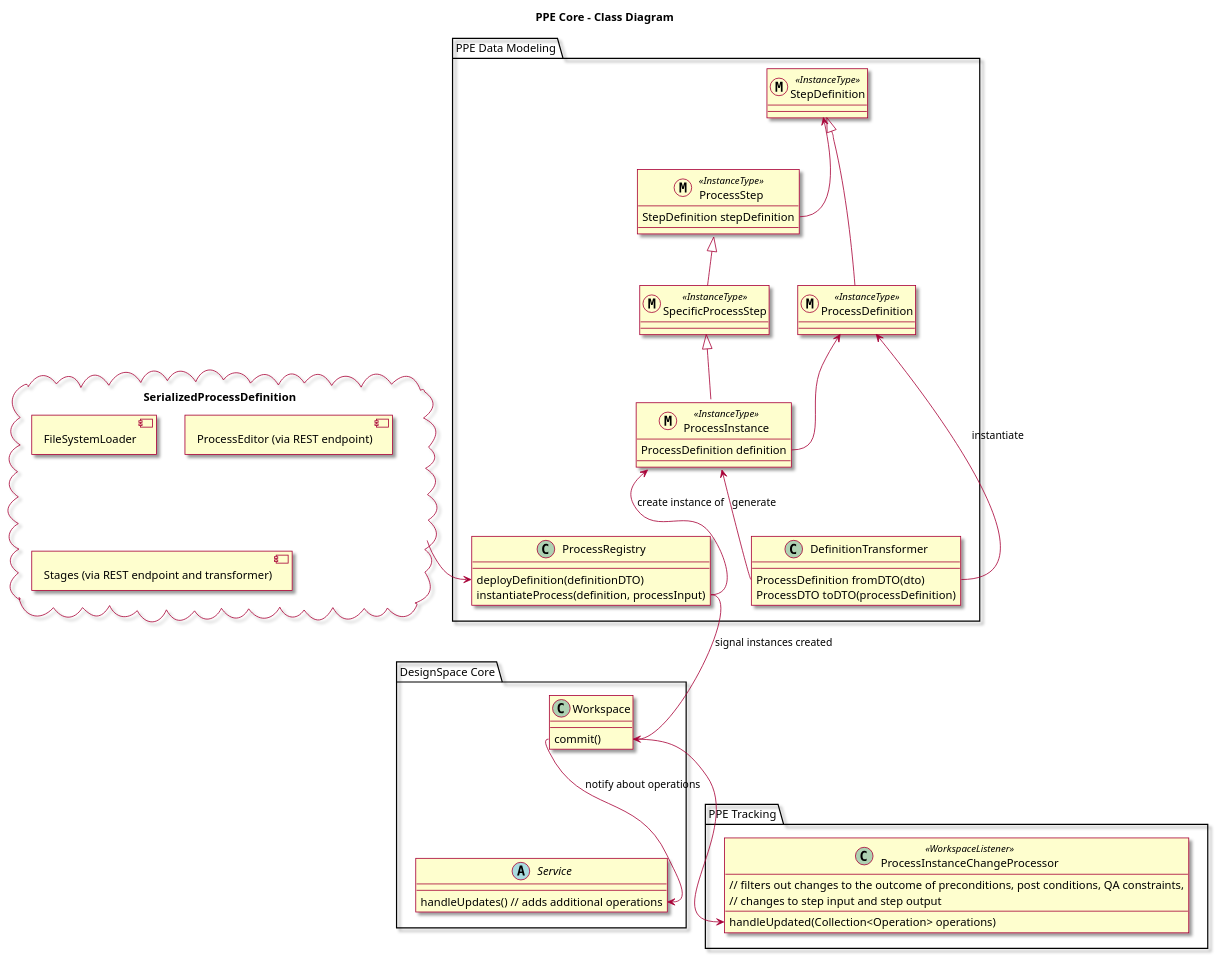
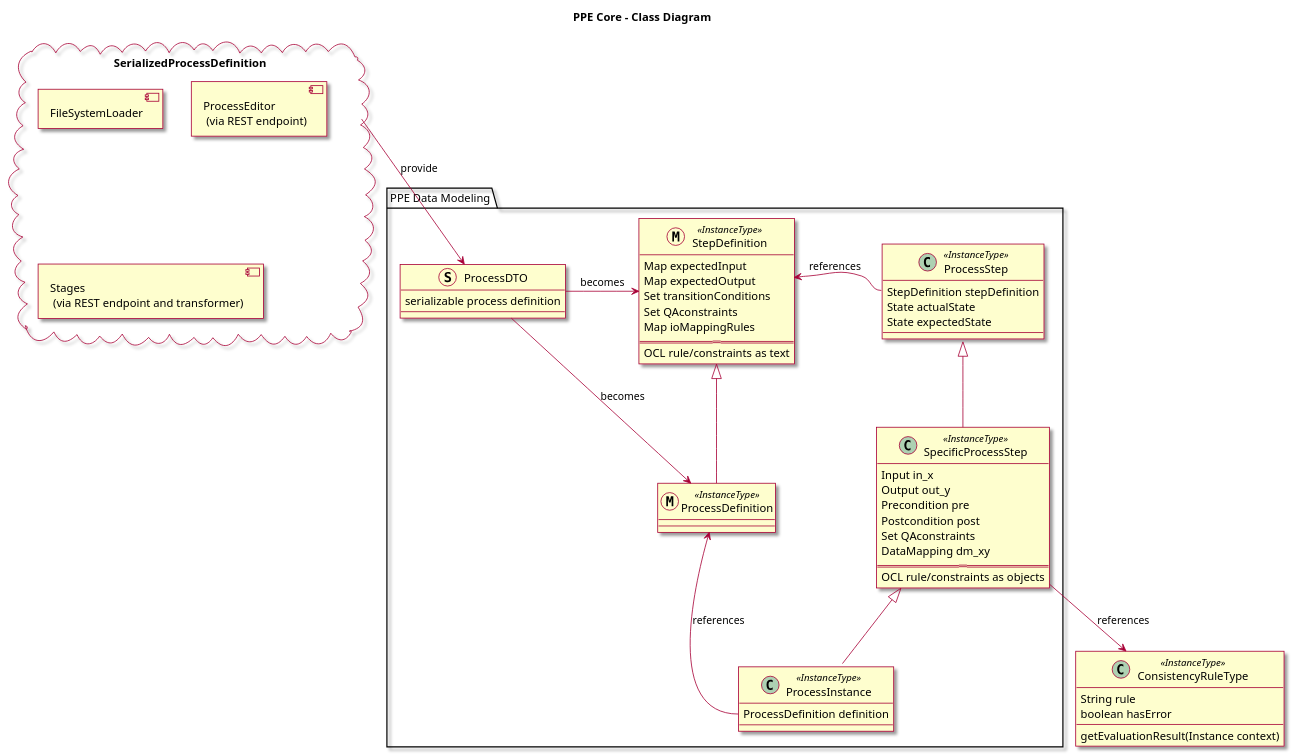
The diagram in doc/PPE Core - Class Diagram.plantuml (jku-isse/c4s.CQRS-passiveworkflowengine), drawn with PlantUML before and after one commit. The commit also changed 9 other files, not shown here.

Commit message:
added UML architecture diagrams

```diff
--- a/doc/PPE Core - Class Diagram.plantuml
+++ b/doc/PPE Core - Class Diagram.plantuml
@@ -1,102 +1,93 @@
 @startuml
 
 allowmixing
 
 skin rose
 
 title PPE Core - Class Diagram
 
-package "DesignSpace Core" {
-	class Workspace {
-		commit()
-	}
-	
-	abstract class Service {
-		handleUpdates() // adds additional operations
-	}
-	
-	Workspace::commit --> Service::handleUpdates : notify about operations
-	
-}
-
 package "PPE Data Modeling" {
 	
 	
 	metaclass "StepDefinition" <<InstanceType>>  {
-
+	Map expectedInput
+	Map expectedOutput
+	Set transitionConditions
+	Set QAconstraints
+	Map ioMappingRules
+	=========
+		OCL rule/constraints as text
 	}
 	
 	metaclass "ProcessDefinition" <<InstanceType>>  {
 
 	} 
 	
 	"StepDefinition" <|-- ProcessDefinition
 	
-	metaclass "ProcessInstance" <<InstanceType>>  {
+	class "ProcessInstance" <<InstanceType>>  {
 		ProcessDefinition definition
 	}
 	
-	metaclass "ProcessStep" <<InstanceType>>  {
+	class "ProcessStep" <<InstanceType>>  {
 		StepDefinition stepDefinition
+		State actualState
+	  State expectedState
 	}
 	
-	metaclass "SpecificProcessStep" <<InstanceType>> {
-		
+	class "SpecificProcessStep" <<InstanceType>> {
+		Input in_x 
+		Output out_y
+		Precondition pre
+	  Postcondition post
+	  Set QAconstraints
+	  DataMapping dm_xy
+	=========
+		OCL rule/constraints as objects
 	}
+	
+
 	
 	"SpecificProcessStep" -up-|> "ProcessStep"
 	
 	"ProcessInstance" -up-|> "SpecificProcessStep"
 	
 	
-	ProcessInstance::definition -up-> ProcessDefinition
-	ProcessStep::stepDefinition -up-> StepDefinition
+	ProcessInstance::definition -left-> ProcessDefinition : references
+	ProcessStep::stepDefinition -left-> StepDefinition : references
 	
-	class ProcessRegistry {
-		deployDefinition(definitionDTO)
-		instantiateProcess(definition, processInput)
+	
+	struct ProcessDTO {
+		serializable process definition
 	}
 	
-	class DefinitionTransformer {
-		ProcessDefinition fromDTO(dto)
-		ProcessDTO toDTO(processDefinition)
-	
-	}
-	
-	DefinitionTransformer::fromDTO -up-> ProcessInstance : generate
-	DefinitionTransformer::fromDTO -up-> ProcessDefinition : instantiate
-	ProcessRegistry::instantiateProcess -up-> ProcessInstance : create instance of
 }
 
+class ConsistencyRuleType <<InstanceType>> {
+	String rule
+	boolean hasError
+	getEvaluationResult(Instance context)
+}
+
+SpecificProcessStep --> ConsistencyRuleType : references
 
 cloud "SerializedProcessDefinition"  {
 	component [FileSystemLoader]
-	component [ProcessEditor (via REST endpoint)]
-	component [Stages (via REST endpoint and transformer)]
+	component [ProcessEditor \n (via REST endpoint)]
+	component [Stages \n (via REST endpoint and transformer)]
 
 }
 
-SerializedProcessDefinition --> ProcessRegistry::deployDefinition
-ProcessRegistry::instantiateProcess --> Workspace::commit : signal instances created
+SerializedProcessDefinition --> ProcessDTO : provide
+ProcessDTO -right-> ProcessDefinition : becomes
+ProcessDTO -right-> StepDefinition : becomes
 
-
-package "PPE Tracking" {
-
-	Workspace::commit --> ProcessInstanceChangeProcessor::handleUpdated
-
-	class ProcessInstanceChangeProcessor <<WorkspaceListener>> {
-		handleUpdated(Collection<Operation> operations)
-	 // filters out changes to the outcome of preconditions, post conditions, QA constraints, 
-	 // changes to step input and step output
-	}
-
-}
 
 
 
 
 
 
 
 
 @enduml
```
